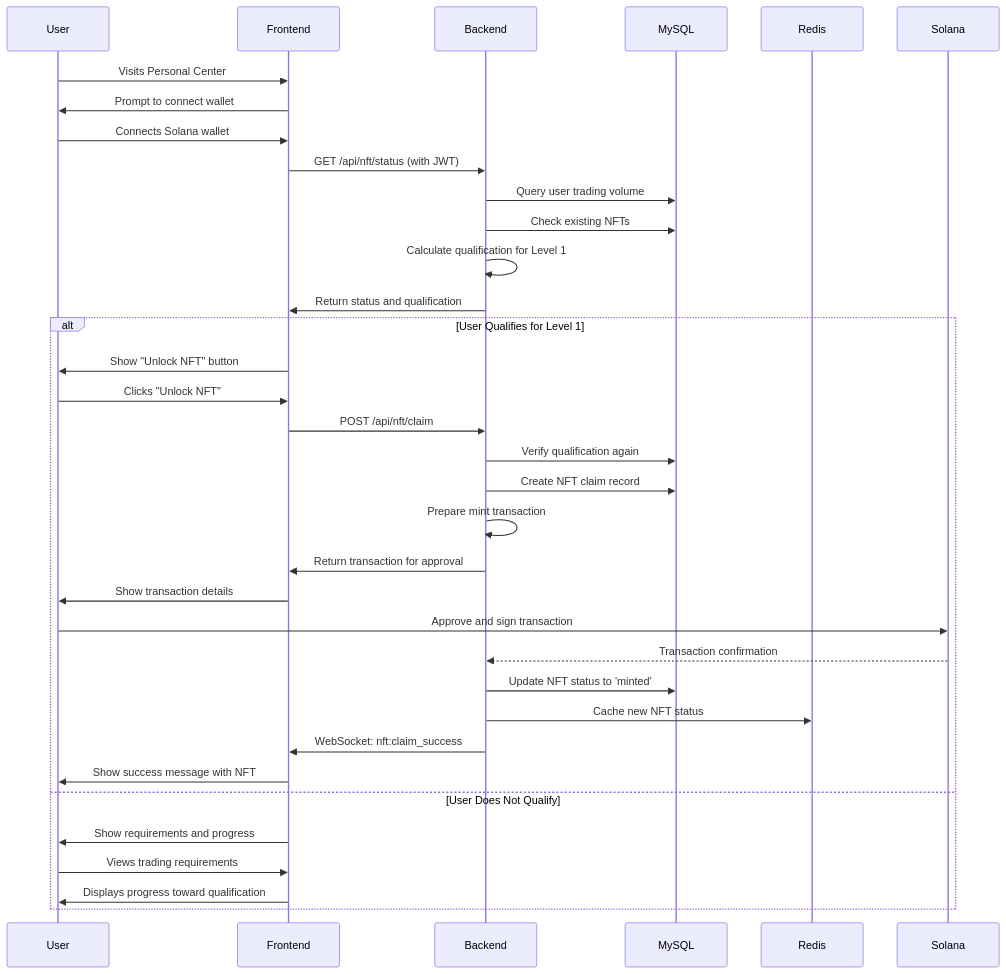
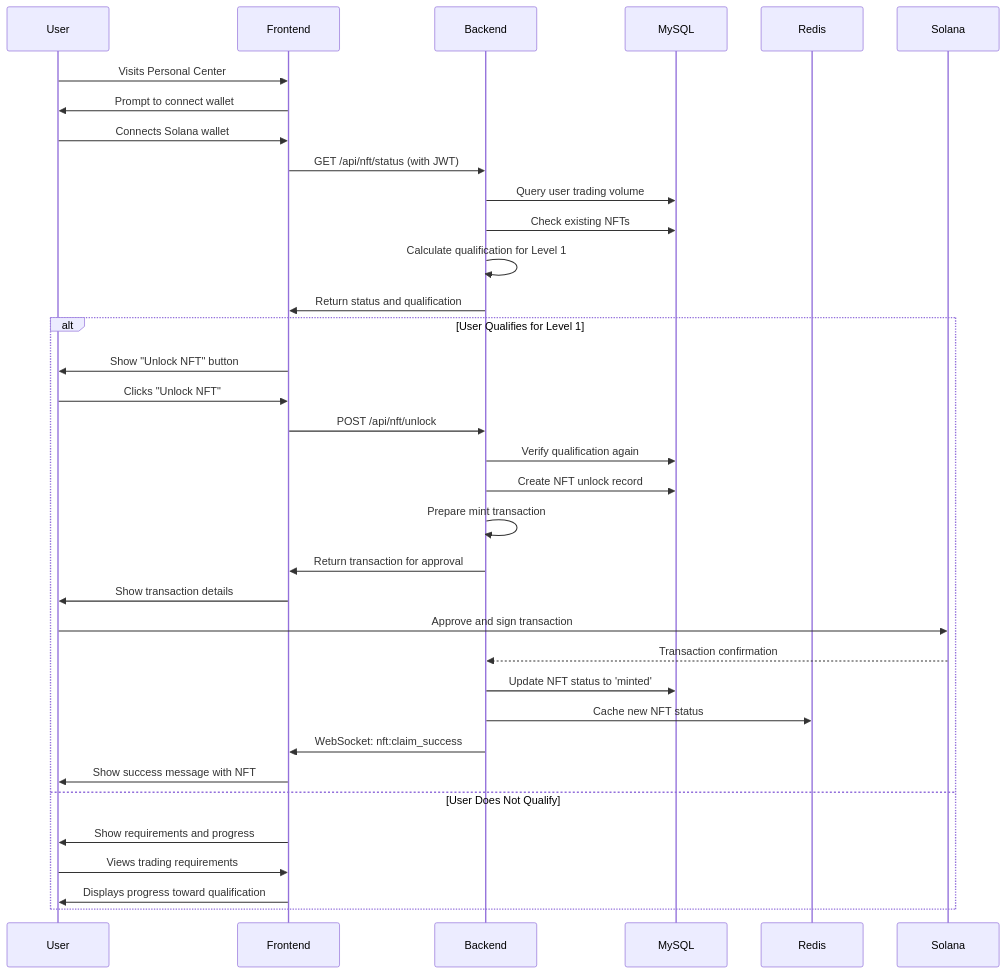
Before and after one commit to ljg-cqu/aiw3-nft-solana: the first of 5 diagrams in docs/technical/implementation/Process-Flow-Reference.md, drawn with Mermaid. The commit also changed 10 other files, not shown here.

Commit message:
docs: rename claim to unlock in NFT documentation and update related workflows

````diff
--- a/docs/technical/implementation/Process-Flow-Reference.md
+++ b/docs/technical/implementation/Process-Flow-Reference.md
@@ -33,39 +33,39 @@
 ```mermaid
 sequenceDiagram
     participant User
     participant Frontend
     participant Backend
     participant MySQL
     participant Redis
     participant Solana
 
     User->>Frontend: Visits Personal Center
     Frontend->>User: Prompt to connect wallet
     User->>Frontend: Connects Solana wallet
     Frontend->>Backend: GET /api/nft/status (with JWT)
     Backend->>MySQL: Query user trading volume
     Backend->>MySQL: Check existing NFTs
     Backend->>Backend: Calculate qualification for Level 1
     Backend->>Frontend: Return status and qualification
     
     alt User Qualifies for Level 1
         Frontend->>User: Show "Unlock NFT" button
         User->>Frontend: Clicks "Unlock NFT"
-        Frontend->>Backend: POST /api/nft/claim
+        Frontend->>Backend: POST /api/nft/unlock
         Backend->>MySQL: Verify qualification again
-        Backend->>MySQL: Create NFT claim record
+        Backend->>MySQL: Create NFT unlock record
         Backend->>Backend: Prepare mint transaction
         Backend->>Frontend: Return transaction for approval
         Frontend->>User: Show transaction details
         User->>Solana: Approve and sign transaction
         Solana-->>Backend: Transaction confirmation
         Backend->>MySQL: Update NFT status to 'minted'
         Backend->>Redis: Cache new NFT status
         Backend->>Frontend: WebSocket: nft:claim_success
         Frontend->>User: Show success message with NFT
     else User Does Not Qualify
         Frontend->>User: Show requirements and progress
         User->>Frontend: Views trading requirements
         Frontend->>User: Displays progress toward qualification
     end
 ```
````
